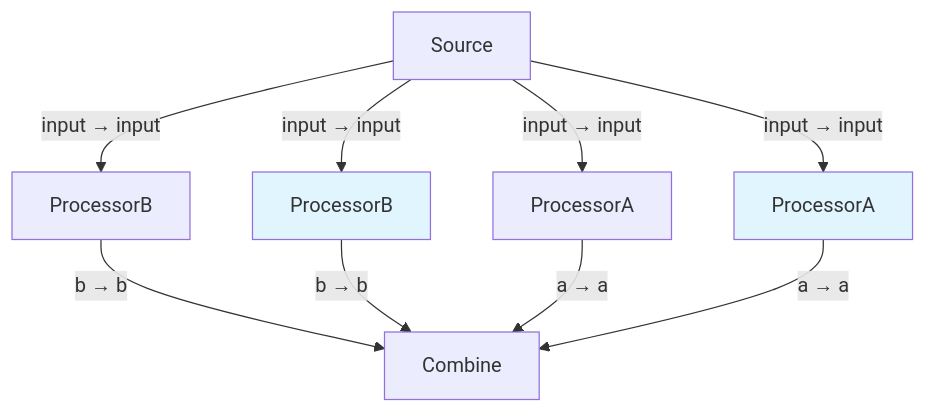
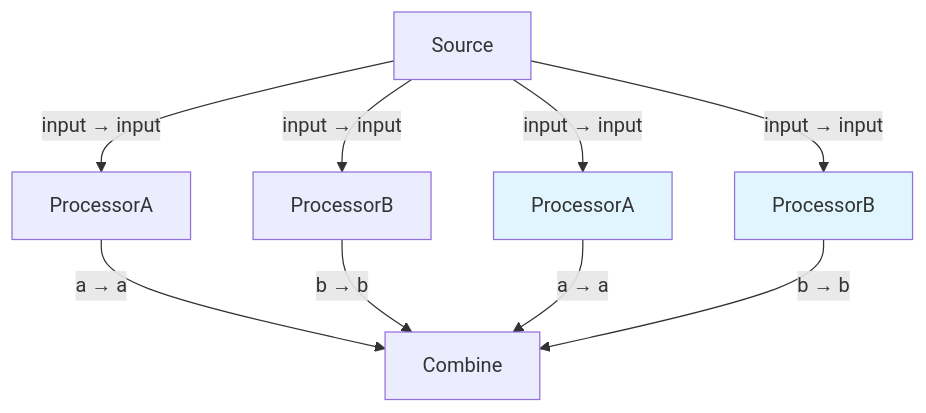
One commit to briday1/graph-sp changed the fifth of 6 diagrams in README_PYPI.md. Above: the diagram before and after it, drawn with Mermaid. The commit also changed other lines of this file and 3 other files, not shown here.

````diff
--- a/README_PYPI.md
+++ b/README_PYPI.md
@@ -389,19 +389,19 @@
 ```mermaid
 graph TD
 0["Source"]
 1["ProcessorA"]
 2["ProcessorB"]
 3["Combine"]
 4["ProcessorA"]
 5["ProcessorB"]
 0 -->|input → input| 1
 0 -->|input → input| 2
+4 -->|a → a| 3
 5 -->|b → b| 3
+1 -->|a → a| 3
 2 -->|b → b| 3
-4 -->|a → a| 3
-1 -->|a → a| 3
 0 -->|input → input| 4
 0 -->|input → input| 5
 style 1 fill:#e1f5ff
 style 2 fill:#e1f5ff
 ```
````
